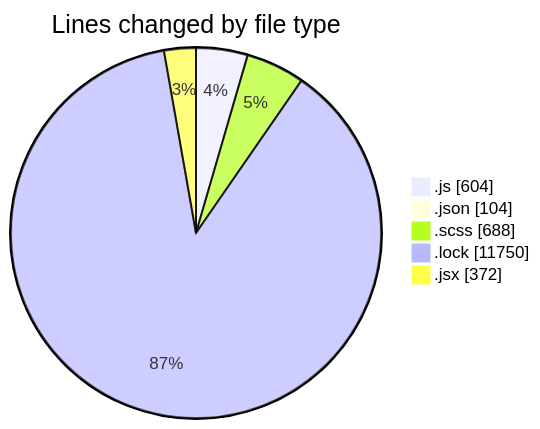
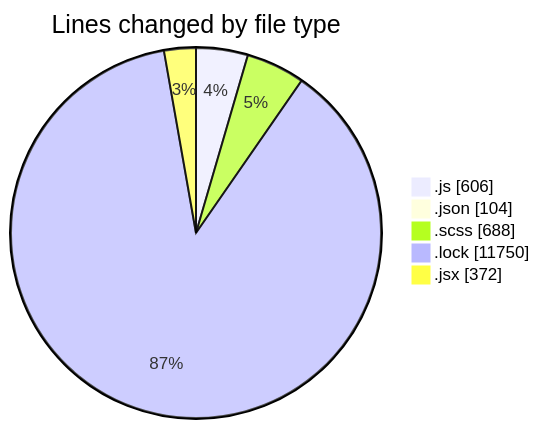
One commit to momahboobian/code-tracking changed the first of 2 diagrams in 2026-01-08/cda/README.md. Above: the diagram before and after it, drawn with Mermaid. The commit also changed other lines of this file and 1 other file, not shown here.

````diff
--- a/2026-01-08/cda/README.md
+++ b/2026-01-08/cda/README.md
@@ -39,9 +39,9 @@
 ```mermaid
 pie showData
 title Lines changed by file type
-".js" : 604
+".js" : 606
 ".json" : 104
 ".scss" : 688
 ".lock" : 11750
 ".jsx" : 372
 ```
````
